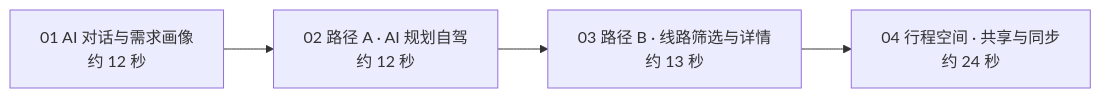
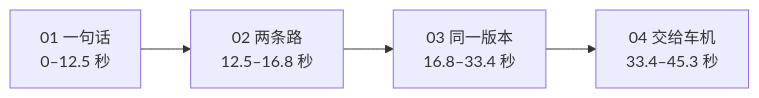
Before and after one commit to JohnMaxwell0123/TripCraft: the third of 6 diagrams in docs/SHOWCASE-web-design.md, drawn with Mermaid. The commit also changed other lines of this file and 4 other files, not shown here.

````diff
--- a/docs/SHOWCASE-web-design.md
+++ b/docs/SHOWCASE-web-design.md
@@ -239,4 +250,4 @@
 ```mermaid
 flowchart LR
-    S1["01 AI 对话与需求画像<br/>约 12 秒"] --> S2["02 路径 A · AI 规划自驾<br/>约 12 秒"] --> S3["03 路径 B · 线路筛选与详情<br/>约 13 秒"] --> S4["04 行程空间 · 共享与同步<br/>约 24 秒"]
+    F1["01 一句话<br/>0–12.5 秒"] --> F2["02 两条路<br/>12.5–16.8 秒"] --> F3["03 同一版本<br/>16.8–33.4 秒"] --> F4["04 交给车机<br/>33.4–45.3 秒"]
 ```
````
